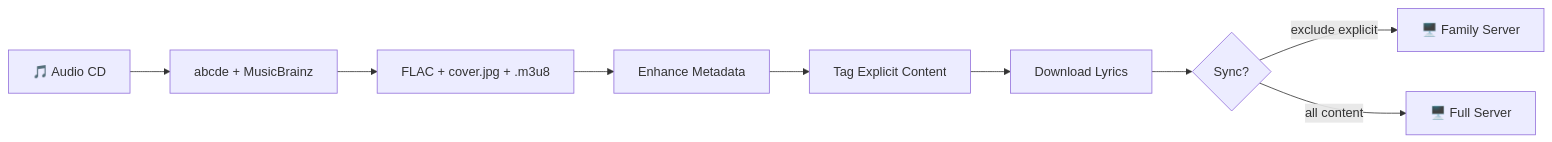
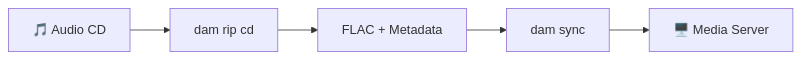
The second of 3 diagrams in docs/workflow_overview.md (geniusworks/digital-archive-maker), drawn with Mermaid before and after one commit. The commit also changed other lines of this file and 1 other file, not shown here.

````diff
--- a/docs/workflow_overview.md
+++ b/docs/workflow_overview.md
@@ -106,11 +106,7 @@
 ```mermaid
 flowchart LR
-    A[🎵 Audio CD] --> B[abcde + MusicBrainz]
-    B --> C[FLAC + cover.jpg + .m3u8]
-    C --> D[Enhance Metadata]
-    D --> E[Tag Explicit Content]
-    E --> F[Download Lyrics]
-    F --> G{Sync?}
-    G -->|exclude explicit| H[🖥️ Family Server]
-    G -->|all content| I[🖥️ Full Server]
+    A[🎵 Audio CD] --> B[dam rip cd]
+    B --> C[FLAC + Metadata]
+    C --> D[dam sync]
+    D --> E[🖥️ Media Server]
 ```
````
